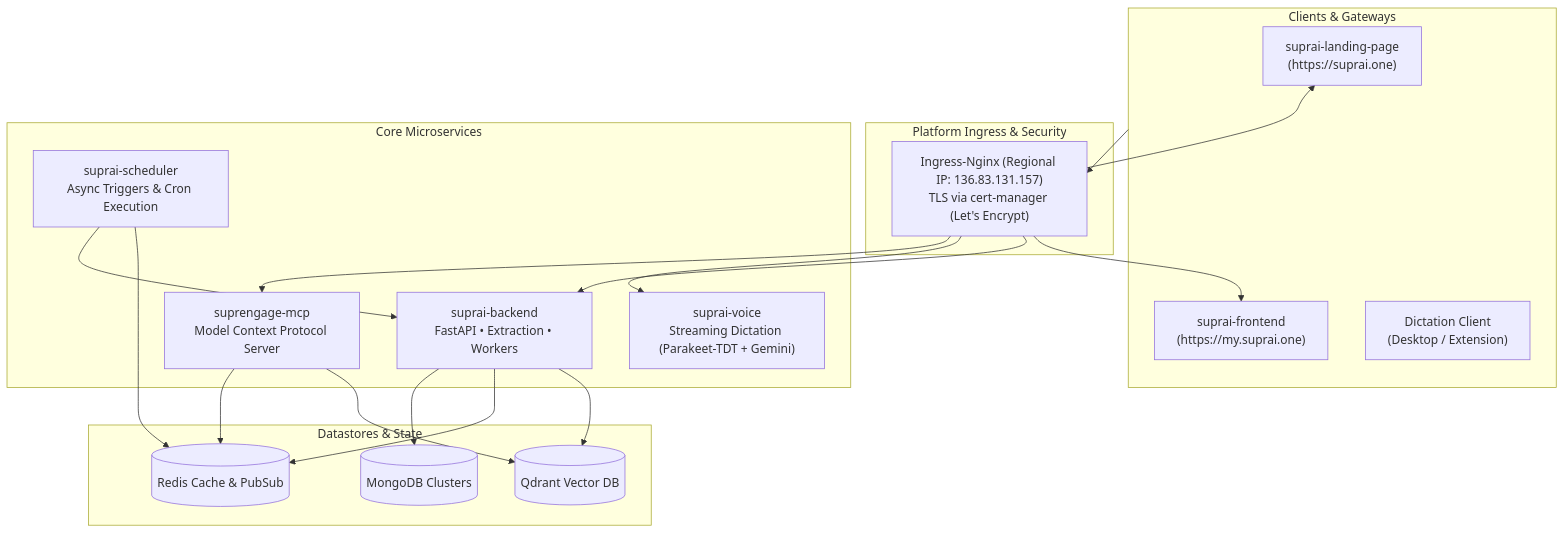
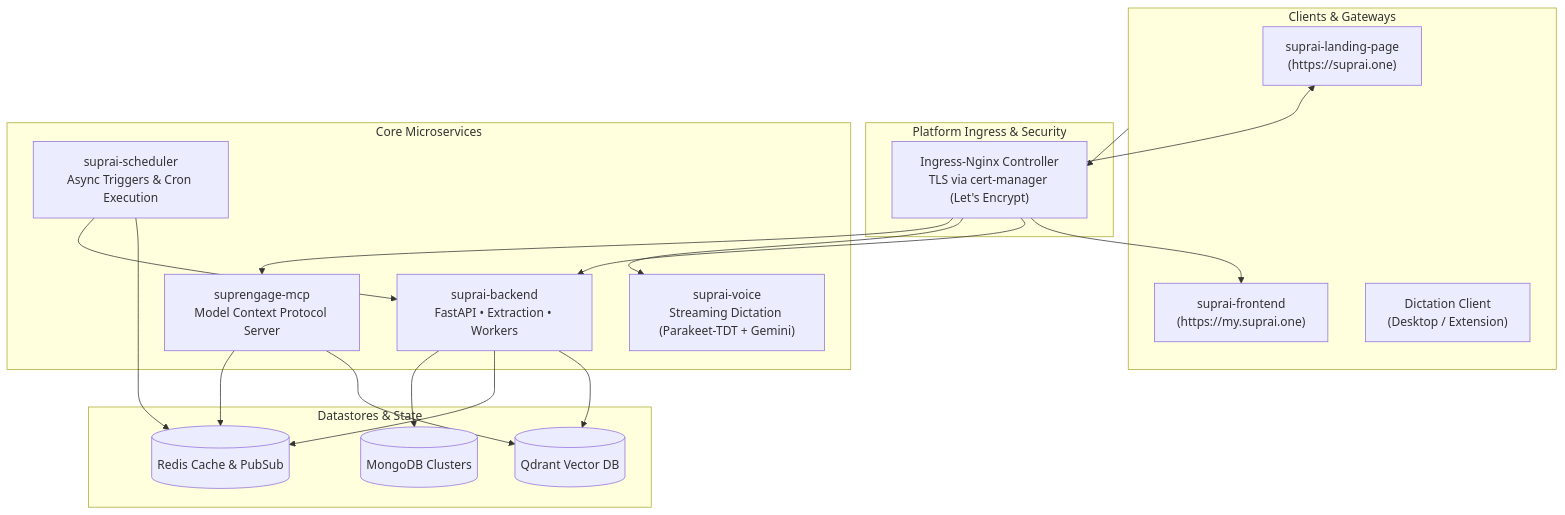
One commit to Supr-AI/.github changed the diagram in profile/README.md. Above: the diagram before and after it, drawn with Mermaid.

Commit message:
docs: remove specific IP address from organization profile architecture diagram

````diff
--- a/profile/README.md
+++ b/profile/README.md
@@ -19,40 +19,40 @@
 ```mermaid
 flowchart TD
     subgraph Clients["Clients & Gateways"]
         Landing["suprai-landing-page<br/>(https://suprai.one)"]
         Webapp["suprai-frontend<br/>(https://my.suprai.one)"]
         VoiceClient["Dictation Client<br/>(Desktop / Extension)"]
     end
 
     subgraph PlatformIngress["Platform Ingress & Security"]
-        Ingress["Ingress-Nginx (Regional IP: 136.83.131.157)<br/>TLS via cert-manager (Let's Encrypt)"]
+        Ingress["Ingress-Nginx Controller<br/>TLS via cert-manager (Let's Encrypt)"]
     end
 
     subgraph Services["Core Microservices"]
         Backend["suprai-backend<br/>FastAPI • Extraction • Workers"]
         Voice["suprai-voice<br/>Streaming Dictation (Parakeet-TDT + Gemini)"]
         Scheduler["suprai-scheduler<br/>Async Triggers & Cron Execution"]
         MCP["suprengage-mcp<br/>Model Context Protocol Server"]
     end
 
     subgraph Datastores["Datastores & State"]
         Qdrant[("Qdrant Vector DB")]
         Redis[("Redis Cache & PubSub")]
         MongoDB[("MongoDB Clusters")]
     end
 
     Clients --> Ingress
     Ingress --> Landing
     Ingress --> Webapp
     Ingress --> Backend
     Ingress --> Voice
     Ingress --> MCP
 
     Backend --> Qdrant
     Backend --> Redis
     Backend --> MongoDB
     MCP --> Qdrant
     MCP --> Redis
     Scheduler --> Redis
     Scheduler --> Backend
 ```
````
